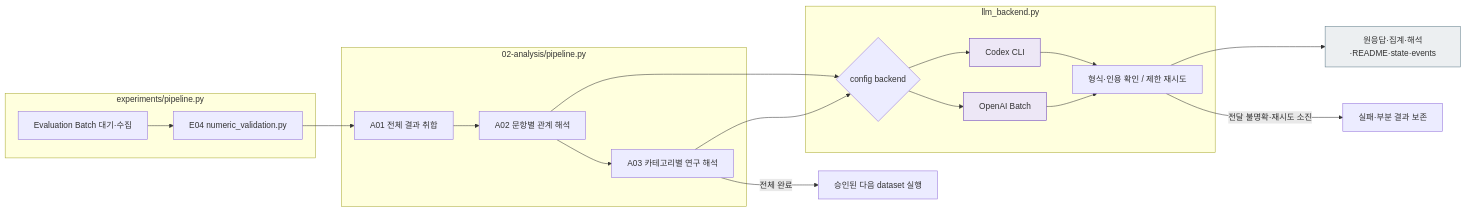
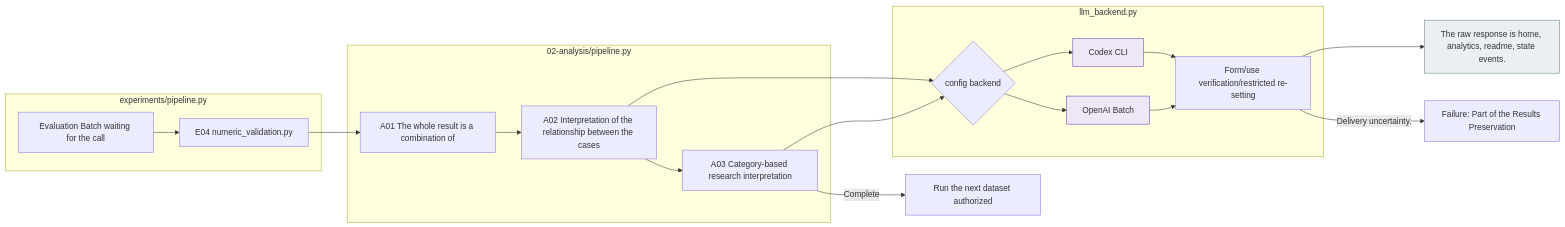
The second of 3 diagrams in src/finarch/documentation/templates/stages/02-experiments/02_analysis/README.md (pnu-clink/finject), drawn with Mermaid before and after one commit. The commit also changed other lines of this file and 644 other files, not shown here.

````diff
--- a/src/finarch/documentation/templates/stages/02-experiments/02_analysis/README.md
+++ b/src/finarch/documentation/templates/stages/02-experiments/02_analysis/README.md
@@ -147,26 +147,26 @@
 ```mermaid
 flowchart LR
  subgraph flow["experiments/pipeline.py"]
-  E["Evaluation Batch 대기·수집"] --> N["E04 numeric_validation.py"]
+  E["Evaluation Batch waiting for the call"] --> N["E04 numeric_validation.py"]
  end
  subgraph pipeline["02-analysis/pipeline.py"]
-  A["A01 전체 결과 취합"] --> B["A02 문항별 관계 해석"] --> C["A03 카테고리별 연구 해석"]
+  A["A01 The whole result is a combination of"] --> B["A02 Interpretation of the relationship between the cases"] --> C["A03 Category-based research interpretation"]
  end
  subgraph transport["llm_backend.py"]
   L{"config backend"} --> X["Codex CLI"]
   L --> Y["OpenAI Batch"]
-  V["형식·인용 확인 / 제한 재시도"]
+  V["Form/use verification/restricted re-setting"]
  end
  N --> A
  B --> L
  C --> L
  X --> V
  Y --> V
- V --> O["원응답·집계·해석·README·state·events"]
- V -->|전달 불명확·재시도 소진| F["실패·부분 결과 보존"]
- C -->|전체 완료| D["승인된 다음 dataset 실행"]
+ V --> O["The raw response is home, analytics, readme, state events."]
+ V -->|Delivery uncertainty.| F["Failure: Part of the Results Preservation"]
+ C -->|Complete| D["Run the next dataset authorized"]
  classDef file fill:#eceff1,stroke:#607d8b;
  classDef llm fill:#ede7f6,stroke:#673ab7;
  class O file;
  class X,Y llm;
 ```
````
